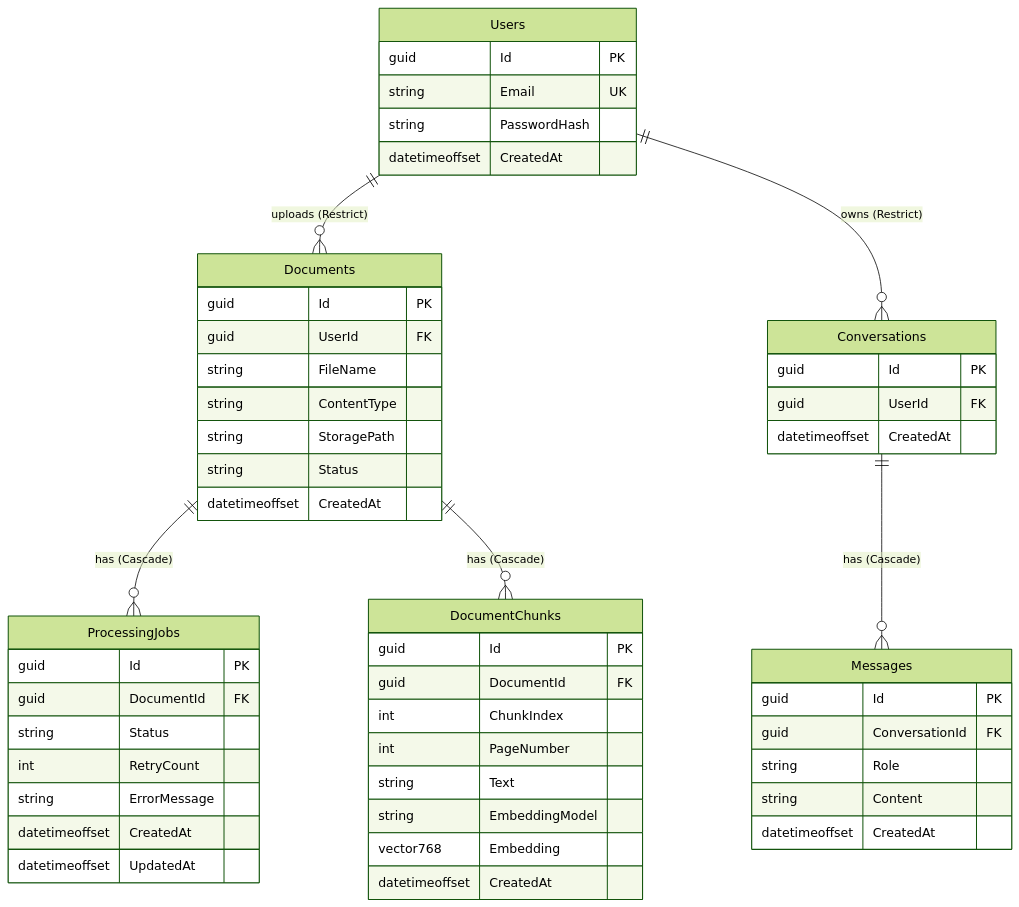
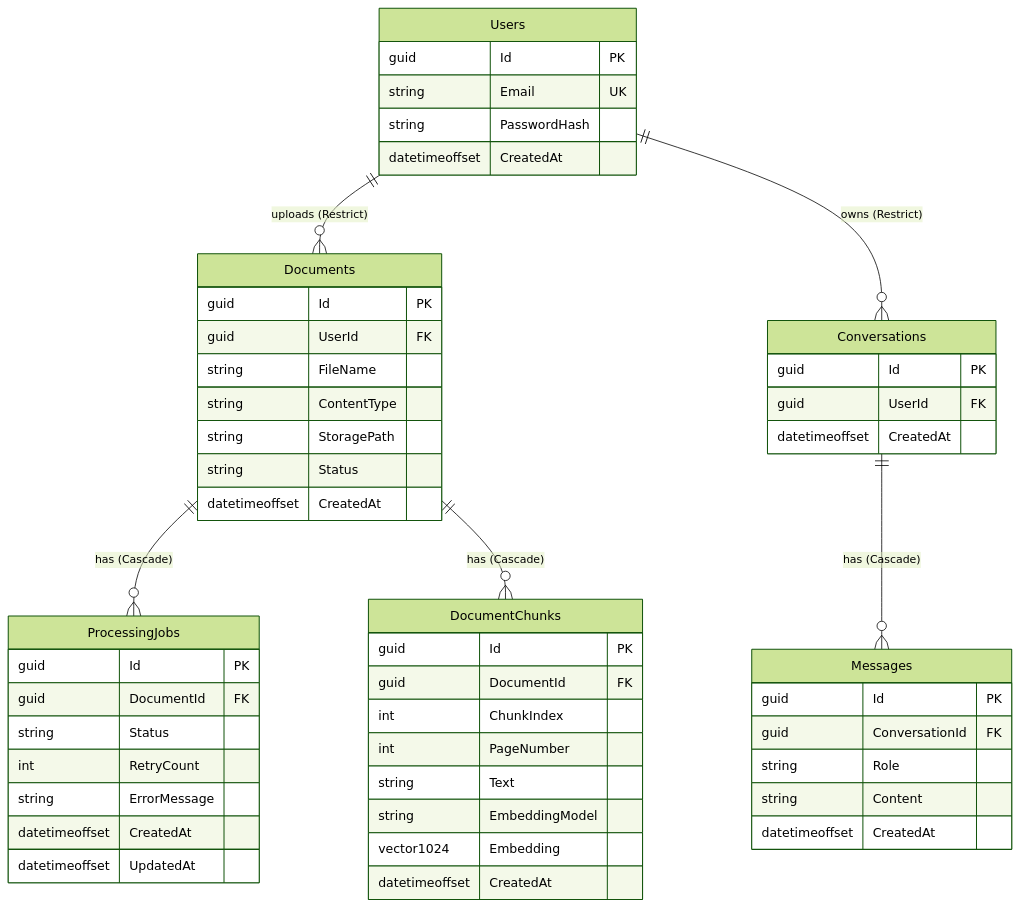
The fourth of 4 diagrams in docs/architecture.md (prfacal-rgb/smartdoc-ai-doc-platform), drawn with Mermaid (forest theme) before and after one commit. The commit also changed other lines of this file and 16 other files, not shown here.

````diff
--- a/docs/architecture.md
+++ b/docs/architecture.md
@@ -117,55 +117,55 @@
 ```mermaid
 erDiagram
     Users ||--o{ Documents : "uploads (Restrict)"
     Users ||--o{ Conversations : "owns (Restrict)"
     Documents ||--o{ ProcessingJobs : "has (Cascade)"
     Documents ||--o{ DocumentChunks : "has (Cascade)"
     Conversations ||--o{ Messages : "has (Cascade)"
 
     Users {
         guid Id PK
         string Email UK
         string PasswordHash
         datetimeoffset CreatedAt
     }
     Documents {
         guid Id PK
         guid UserId FK
         string FileName
         string ContentType
         string StoragePath
         string Status
         datetimeoffset CreatedAt
     }
     ProcessingJobs {
         guid Id PK
         guid DocumentId FK
         string Status
         int RetryCount
         string ErrorMessage
         datetimeoffset CreatedAt
         datetimeoffset UpdatedAt
     }
     DocumentChunks {
         guid Id PK
         guid DocumentId FK
         int ChunkIndex
         int PageNumber
         string Text
         string EmbeddingModel
-        vector768 Embedding
+        vector1024 Embedding
         datetimeoffset CreatedAt
     }
     Conversations {
         guid Id PK
         guid UserId FK
         datetimeoffset CreatedAt
     }
     Messages {
         guid Id PK
         guid ConversationId FK
         string Role
         string Content
         datetimeoffset CreatedAt
     }
 ```
````
